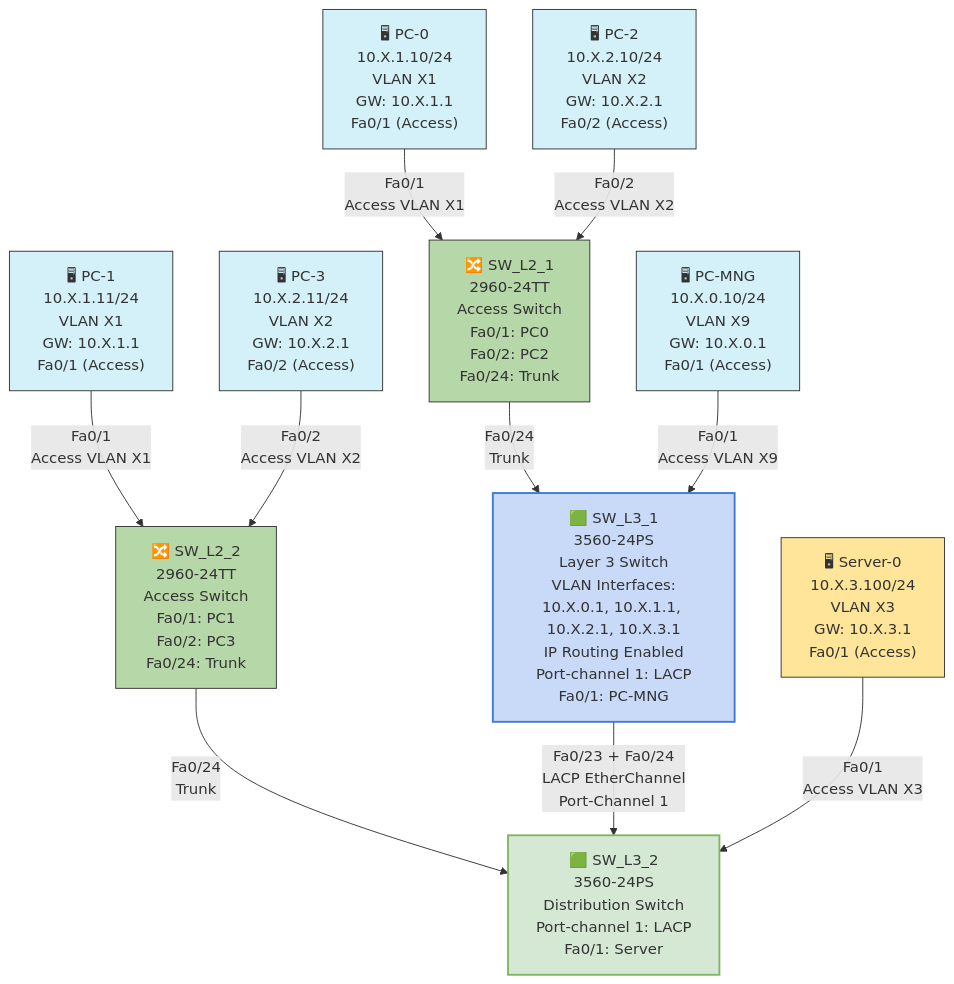
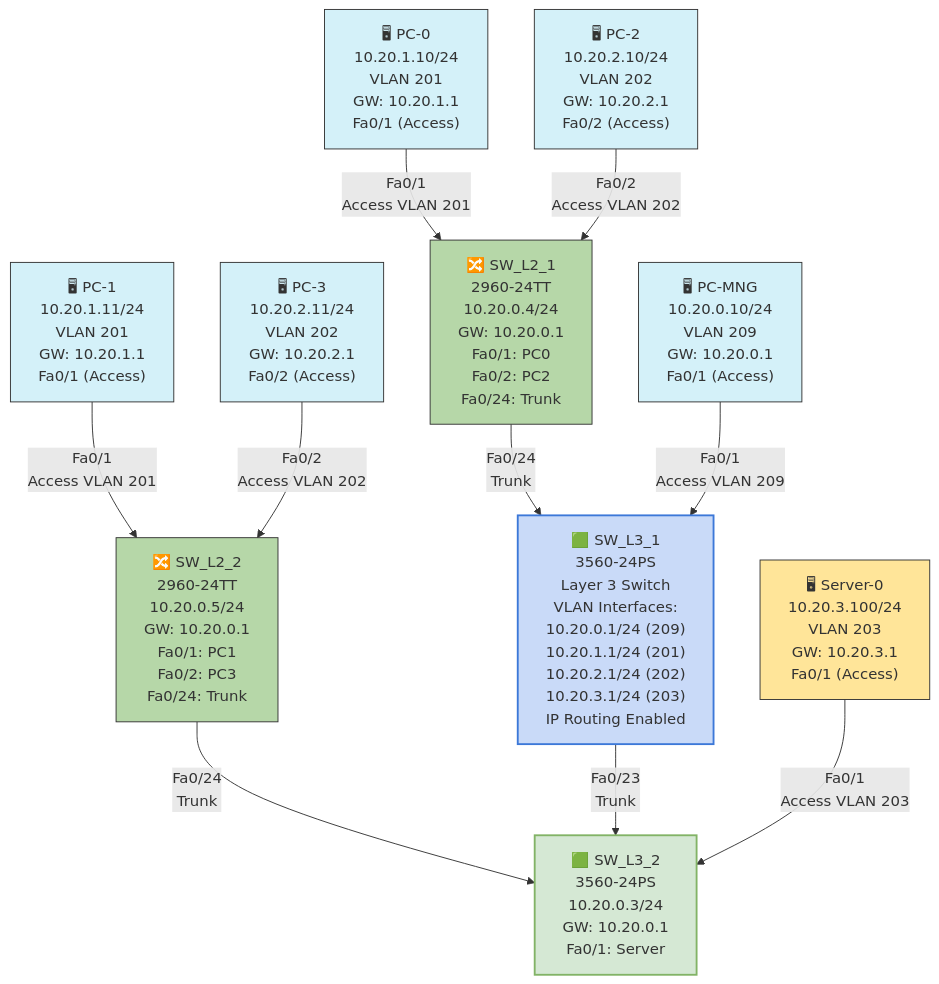
One commit to Haapsalu-Kutsehariduskeskus/av changed the diagram in Project/part6.md. Above: the diagram before and after it, drawn with Mermaid. The commit also changed other lines of this file, not shown here.

````diff
--- a/Project/part6.md
+++ b/Project/part6.md
@@ -9,50 +9,50 @@
 ```mermaid
 graph TD
 
 %% === PCs ===
-    MNG["🖥 PC-MNG<br/>10.X.0.10/24<br/>VLAN X9<br/>GW: 10.X.0.1<br/>Fa0/1 (Access)"]:::pc
-    PC0["🖥 PC-0<br/>10.X.1.10/24<br/>VLAN X1<br/>GW: 10.X.1.1<br/>Fa0/1 (Access)"]:::pc
-    PC2["🖥 PC-2<br/>10.X.2.10/24<br/>VLAN X2<br/>GW: 10.X.2.1<br/>Fa0/2 (Access)"]:::pc
-    PC1["🖥 PC-1<br/>10.X.1.11/24<br/>VLAN X1<br/>GW: 10.X.1.1<br/>Fa0/1 (Access)"]:::pc
-    PC3["🖥 PC-3<br/>10.X.2.11/24<br/>VLAN X2<br/>GW: 10.X.2.1<br/>Fa0/2 (Access)"]:::pc
+    MNG["🖥 PC-MNG<br/>10.20.0.10/24<br/>VLAN 209<br/>GW: 10.20.0.1<br/>Fa0/1 (Access)"]:::pc
+    PC0["🖥 PC-0<br/>10.20.1.10/24<br/>VLAN 201<br/>GW: 10.20.1.1<br/>Fa0/1 (Access)"]:::pc
+    PC2["🖥 PC-2<br/>10.20.2.10/24<br/>VLAN 202<br/>GW: 10.20.2.1<br/>Fa0/2 (Access)"]:::pc
+    PC1["🖥 PC-1<br/>10.20.1.11/24<br/>VLAN 201<br/>GW: 10.20.1.1<br/>Fa0/1 (Access)"]:::pc
+    PC3["🖥 PC-3<br/>10.20.2.11/24<br/>VLAN 202<br/>GW: 10.20.2.1<br/>Fa0/2 (Access)"]:::pc
 
 %% === Server ===
-    SERVER["🖥 Server-0<br/>10.X.3.100/24<br/>VLAN X3<br/>GW: 10.X.3.1<br/>Fa0/1 (Access)"]:::server
+    SERVER["🖥 Server-0<br/>10.20.3.100/24<br/>VLAN 203<br/>GW: 10.20.3.1<br/>Fa0/1 (Access)"]:::server
 
 %% === Access Switches ===
-    SW3["🔀 SW_L2_1<br/>2960-24TT<br/>Access Switch<br/>Fa0/1: PC0<br/>Fa0/2: PC2<br/>Fa0/24: Trunk"]:::access
-    SW4["🔀 SW_L2_2<br/>2960-24TT<br/>Access Switch<br/>Fa0/1: PC1<br/>Fa0/2: PC3<br/>Fa0/24: Trunk"]:::access
+    SW3["🔀 SW_L2_1<br/>2960-24TT<br/>10.20.0.4/24<br/>GW: 10.20.0.1<br/>Fa0/1: PC0<br/>Fa0/2: PC2<br/>Fa0/24: Trunk"]:::access
+    SW4["🔀 SW_L2_2<br/>2960-24TT<br/>10.20.0.5/24<br/>GW: 10.20.0.1<br/>Fa0/1: PC1<br/>Fa0/2: PC3<br/>Fa0/24: Trunk"]:::access
 
-%% === Layer 3 Switches with Routing + LACP ===
-    SW1["🟩 SW_L3_1<br/>3560-24PS<br/>Layer 3 Switch<br/>VLAN Interfaces:<br/>10.X.0.1, 10.X.1.1, 10.X.2.1, 10.X.3.1<br/>IP Routing Enabled<br/>Port-channel 1: LACP<br/>Fa0/1: PC-MNG"]:::l3
-    SW2["🟩 SW_L3_2<br/>3560-24PS<br/>Distribution Switch<br/>Port-channel 1: LACP<br/>Fa0/1: Server"]:::etherchannel
+%% === Layer 3 Switches with Routing ===
+    SW1["🟩 SW_L3_1<br/>3560-24PS<br/>Layer 3 Switch<br/>VLAN Interfaces:<br/>10.20.0.1/24 (209)<br/>10.20.1.1/24 (201)<br/>10.20.2.1/24 (202)<br/>10.20.3.1/24 (203)<br/>IP Routing Enabled"]:::l3
+    SW2["🟩 SW_L3_2<br/>3560-24PS<br/>10.20.0.3/24<br/>GW: 10.20.0.1<br/>Fa0/1: Server"]:::distribution
 
 %% === Connections ===
-    PC0 -->|Fa0/1<br/>Access VLAN X1| SW3
-    PC2 -->|Fa0/2<br/>Access VLAN X2| SW3
+    PC0 -->|Fa0/1<br/>Access VLAN 201| SW3
+    PC2 -->|Fa0/2<br/>Access VLAN 202| SW3
 
-    PC1 -->|Fa0/1<br/>Access VLAN X1| SW4
-    PC3 -->|Fa0/2<br/>Access VLAN X2| SW4
+    PC1 -->|Fa0/1<br/>Access VLAN 201| SW4
+    PC3 -->|Fa0/2<br/>Access VLAN 202| SW4
 
     SW3 -->|Fa0/24<br/>Trunk| SW1
     SW4 -->|Fa0/24<br/>Trunk| SW2
 
-    SW1 -->|Fa0/23 + Fa0/24<br/>LACP EtherChannel<br/>Port-Channel 1| SW2
+    SW1 -->|Fa0/23<br/>Trunk| SW2
 
-    MNG -->|Fa0/1<br/>Access VLAN X9| SW1
-    SERVER -->|Fa0/1<br/>Access VLAN X3| SW2
+    MNG -->|Fa0/1<br/>Access VLAN 209| SW1
+    SERVER -->|Fa0/1<br/>Access VLAN 203| SW2
 
 %% === Styles ===
     classDef pc fill:#d4f1f9,stroke:#333,stroke-width:1px;
     classDef server fill:#ffe599,stroke:#333,stroke-width:1px;
     classDef access fill:#b6d7a8,stroke:#333,stroke-width:1px;
-    classDef etherchannel fill:#d5e8d4,stroke:#82b366,stroke-width:2px;
+    classDef distribution fill:#d5e8d4,stroke:#82b366,stroke-width:2px;
     classDef l3 fill:#c9daf8,stroke:#3c78d8,stroke-width:2px;
 
     class MNG,PC0,PC1,PC2,PC3 pc;
     class SERVER server;
     class SW3,SW4 access;
     class SW1 l3;
-    class SW2 etherchannel;
+    class SW2 distribution;
 
 ```
````
